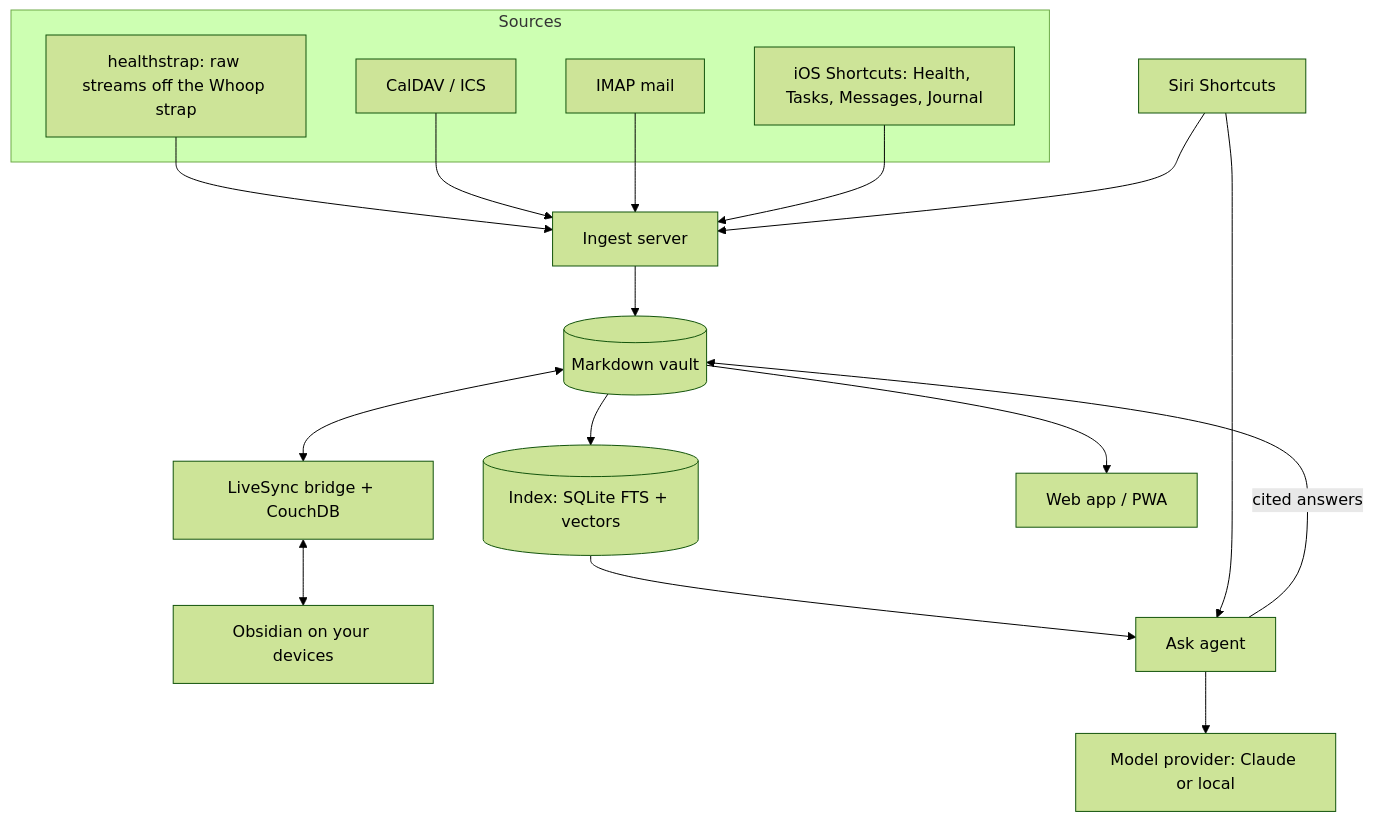
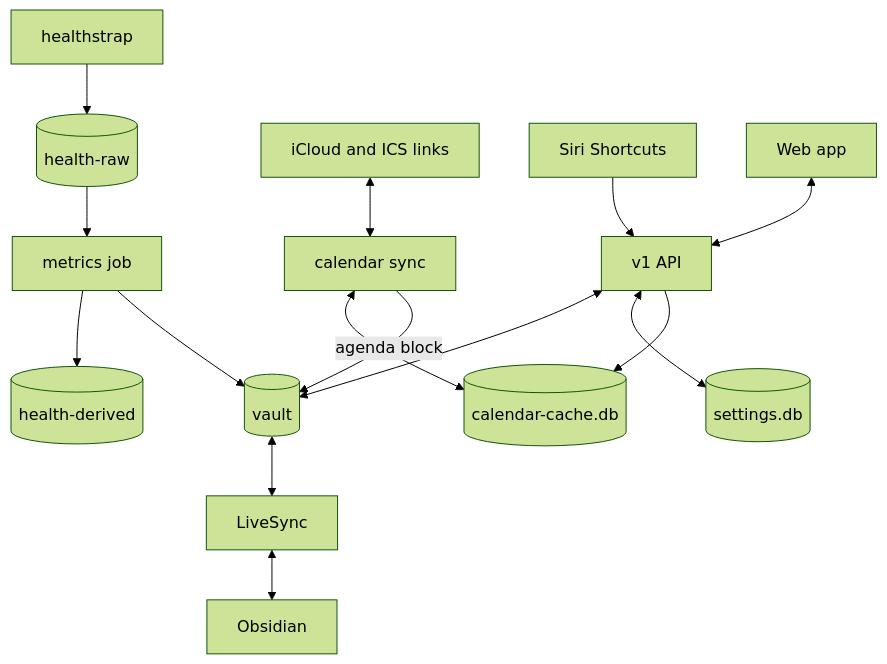
Before and after one commit to pkrshnan/dashboardify: the diagram in docs/architecture.md, drawn with Mermaid (forest theme). The commit also changed other lines of this file and 11 other files, not shown here.

First line of the commit message:
Reorganise the docs around a roadmap and an index

````diff
--- a/docs/architecture.md
+++ b/docs/architecture.md
@@ -15,19 +22,13 @@
 ```mermaid
 flowchart TD
-  subgraph Sources
-    W[healthstrap: raw streams off the Whoop strap]
-    C[CalDAV / ICS]
-    M[IMAP mail]
-    S[iOS Shortcuts: Health, Tasks, Messages, Journal]
-  end
-  W & C & M & S --> I[Ingest server]
-  I --> V[(Markdown vault)]
-  V <--> L[LiveSync bridge + CouchDB] <--> O[Obsidian on your devices]
-  V --> X[(Index: SQLite FTS + vectors)]
-  X --> A[Ask agent]
-  A --> P[Model provider: Claude or local]
-  A -- cited answers --> V
-  V --> U[Web app / PWA]
-  Siri[Siri Shortcuts] --> A
-  Siri --> I
+  W[healthstrap] --> R[(health-raw)] --> D[metrics job] --> HD[(health-derived)]
+  C[iCloud and ICS links] <--> CS[calendar sync] <--> CC[(calendar-cache.db)]
+  S[Siri Shortcuts] --> API
+  U[Web app] <--> API[v1 API]
+  API <--> V[(vault)]
+  API <--> SD[(settings.db)]
+  API --> CC
+  D --> V
+  CS -- agenda block --> V
+  V <--> L[LiveSync] <--> O[Obsidian]
 ```
````
